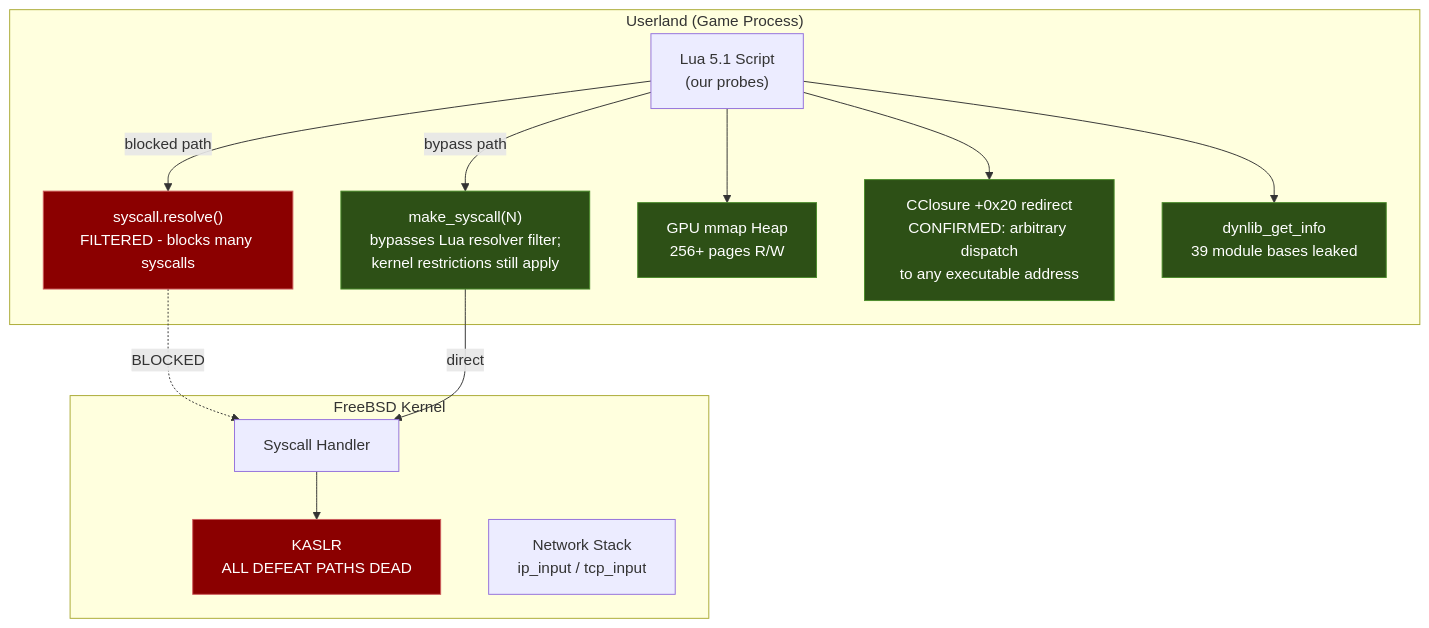
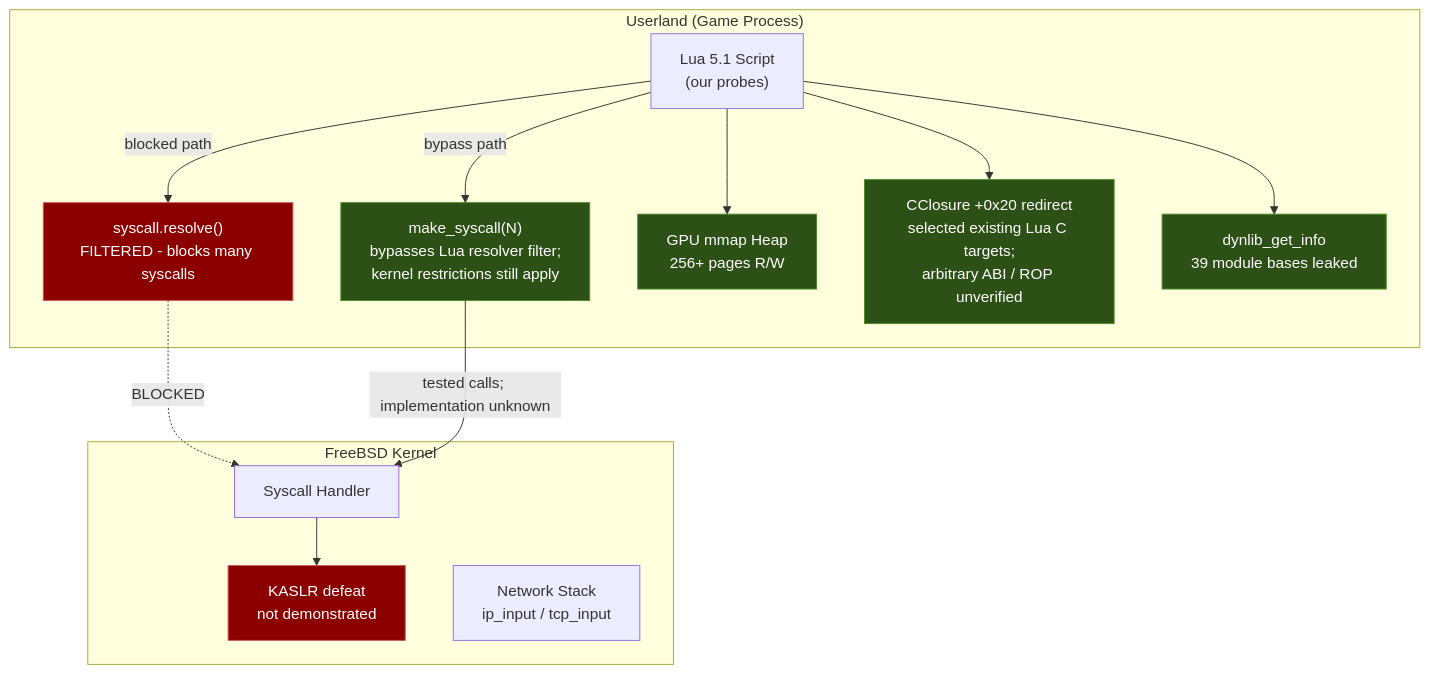
The second of 3 diagrams in README.md (0x7067/PS5-14.10-Research), drawn with Mermaid before and after one commit. The commit also changed other lines of this file and 15 other files, not shown here.

````diff
--- a/README.md
+++ b/README.md
@@ -131,33 +133,33 @@
 ```mermaid
 graph TD
     subgraph Userland ["Userland (Game Process)"]
         LUA["Lua 5.1 Script<br/>(our probes)"]
         RESOLVE["syscall.resolve()<br/>FILTERED - blocks many syscalls"]
         MAKESYS["make_syscall(N)<br/>bypasses Lua resolver filter;<br/>kernel restrictions still apply"]
         HEAP["GPU mmap Heap<br/>256+ pages R/W"]
-        CCLOSURE["CClosure +0x20 redirect<br/>CONFIRMED: arbitrary dispatch<br/>to any executable address"]
+        CCLOSURE["CClosure +0x20 redirect<br/>selected existing Lua C targets;<br/>arbitrary ABI / ROP unverified"]
         ASLR["dynlib_get_info<br/>39 module bases leaked"]
     end
 
     subgraph Kernel ["FreeBSD Kernel"]
-        KASLR["KASLR<br/>ALL DEFEAT PATHS DEAD"]
+        KASLR["KASLR defeat<br/>not demonstrated"]
         SYSCALL["Syscall Handler"]
         NET["Network Stack<br/>ip_input / tcp_input"]
     end
 
     LUA -->|blocked path| RESOLVE
     RESOLVE -.->|"BLOCKED"| SYSCALL
     LUA -->|bypass path| MAKESYS
-    MAKESYS -->|direct| SYSCALL
+    MAKESYS -->|tested calls; implementation unknown| SYSCALL
     LUA --> HEAP
     LUA --> CCLOSURE
     LUA --> ASLR
     SYSCALL --> KASLR
 
     style RESOLVE fill:#8b0000,stroke:#cd5c5c,color:#fff
     style MAKESYS fill:#2d5016,stroke:#4a8c2a,color:#fff
     style HEAP fill:#2d5016,stroke:#4a8c2a,color:#fff
     style CCLOSURE fill:#2d5016,stroke:#4a8c2a,color:#fff
     style ASLR fill:#2d5016,stroke:#4a8c2a,color:#fff
     style KASLR fill:#8b0000,stroke:#cd5c5c,color:#fff
 ```
````
